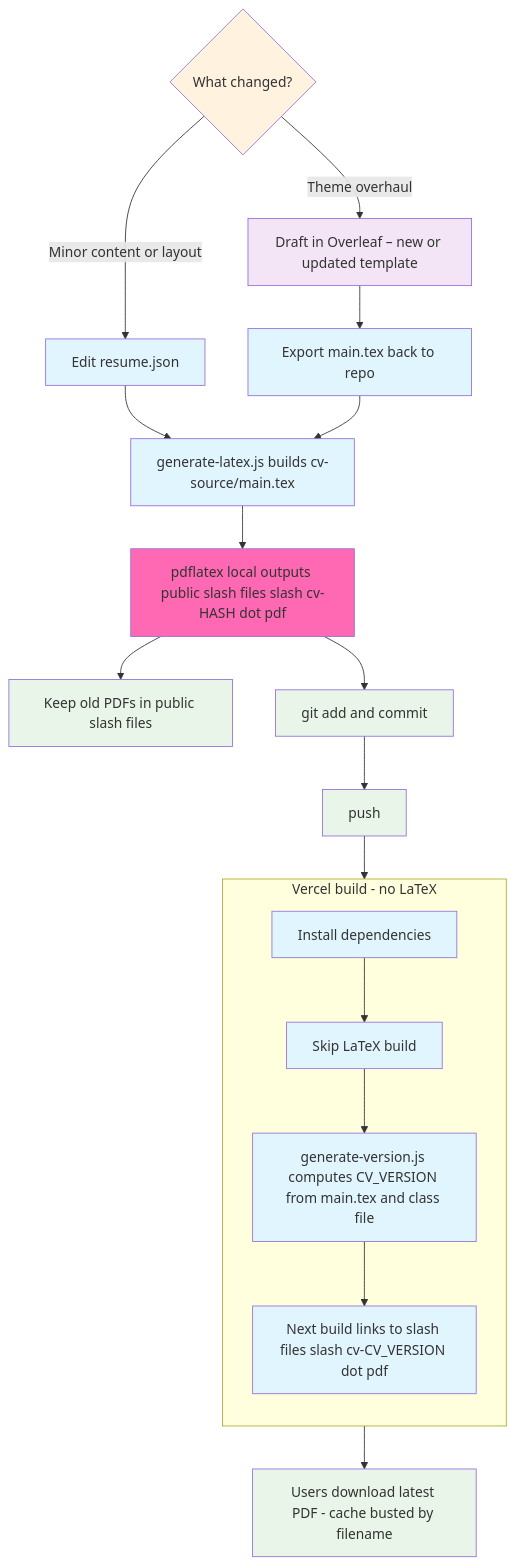
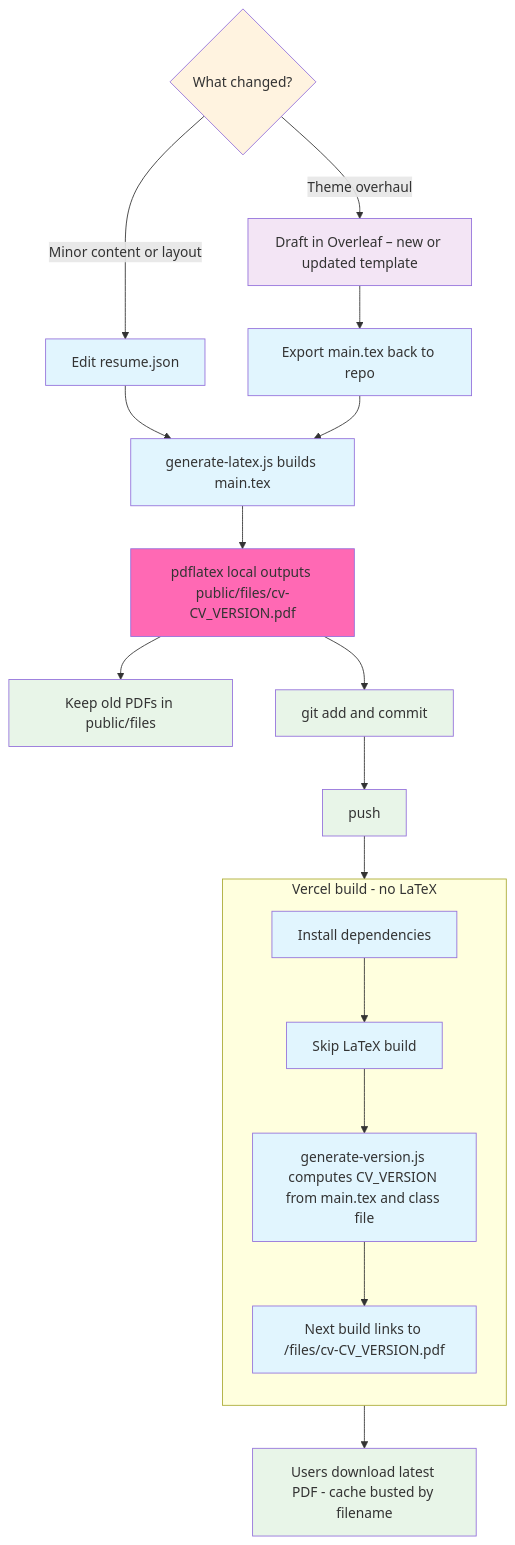
Before and after one commit to sainsw/ainsworth.dev: the diagram in content/cv-sync-latex.mdx, drawn with Mermaid.

Commit message:
Refine mermaid diagram in CV generation documentation by updating output paths for local PDF builds to enhance clarity and consistency.

````diff
--- a/content/cv-sync-latex.mdx
+++ b/content/cv-sync-latex.mdx
@@ -16,48 +16,48 @@
 ```mermaid
 flowchart TB
   %% no parens, top-down, theme-friendly fills that your MermaidClient maps for dark mode
 
   %% Change type
   D{"What changed?"}
 
   %% Minor change path
-  A["Edit resume.json"] --> G["generate-latex.js builds cv-source/main.tex"]
+  A["Edit resume.json"] --> G["generate-latex.js builds main.tex"]
   D -- "Minor content or layout" --> A
 
   %% Theme overhaul path
   O["Draft in Overleaf – new or updated template"] --> O2["Export main.tex back to repo"] --> G
   D -- "Theme overhaul" --> O
 
   %% Build PDF locally
-  G --> P["pdflatex local outputs public slash files slash cv-HASH dot pdf"]
-  P --> K["Keep old PDFs in public slash files"]
+  G --> P["pdflatex local outputs public/files/cv-CV_VERSION.pdf"]
+  P --> K["Keep old PDFs in public/files"]
   P --> C["git add and commit"]
   C --> U["push"]
 
   %% Vercel side
   subgraph VercelBuild["Vercel build - no LaTeX"]
     direction TB
     V1["Install dependencies"] --> V2["Skip LaTeX build"]
     V2 --> V3["generate-version.js computes CV_VERSION from main.tex and class file"]
-    V3 --> V4["Next build links to slash files slash cv-CV_VERSION dot pdf"]
+    V3 --> V4["Next build links to /files/cv-CV_VERSION.pdf"]
   end
 
   U --> V1
   V4 --> S["Users download latest PDF - cache busted by filename"]
 
   %% Theme-aware fills (these hexes are auto-mapped by your MermaidClient in dark mode)
   style D fill:#fff3e0
   style A fill:#e1f5fe
   style G fill:#e1f5fe
   style O fill:#f3e5f5
   style O2 fill:#e1f5fe
   style P fill:#ff69b4
   style K fill:#e8f5e8
   style C fill:#e8f5e8
   style U fill:#e8f5e8
   style V1 fill:#e1f5fe
   style V2 fill:#e1f5fe
   style V3 fill:#e1f5fe
   style V4 fill:#e1f5fe
   style S fill:#e8f5e8
 ```
````
